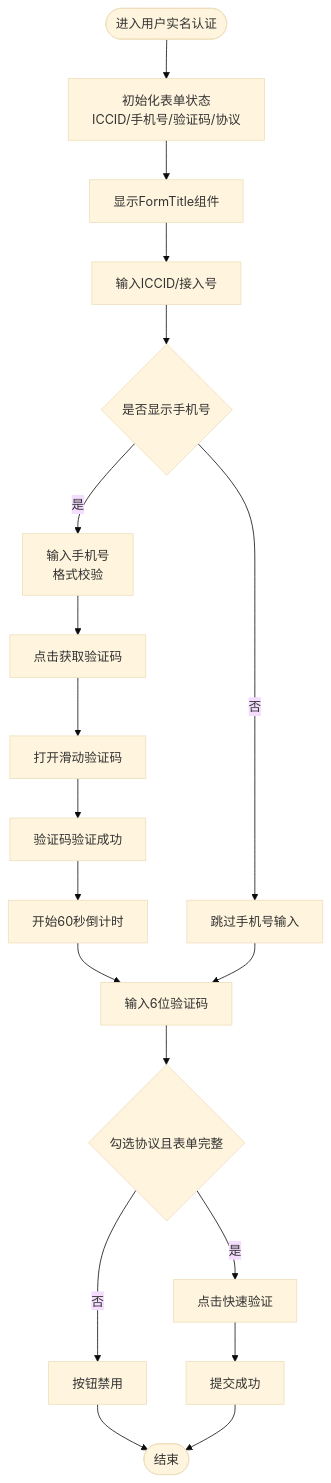
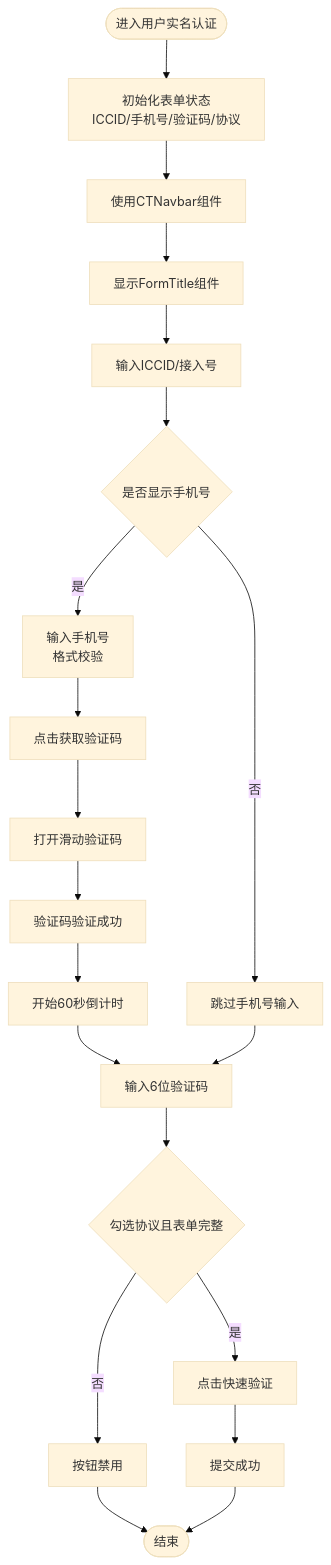
Diagram 11 of 13 in .qoder/repowiki/zh/content/页面组件.md (zuolinbao/redbook), drawn with Mermaid (base theme) before and after one commit. The commit also changed other lines of this file and 7 other files, not shown here.

````diff
--- a/.qoder/repowiki/zh/content/页面组件.md
+++ b/.qoder/repowiki/zh/content/页面组件.md
@@ -475,21 +485,22 @@
 ```mermaid
 flowchart TD
 Start(["进入用户实名认证"]) --> Init["初始化表单状态<br/>ICCID/手机号/验证码/协议"]
-Init --> FormTitle["显示FormTitle组件"]
+Init --> CTNavbar["使用CTNavbar组件"]
+CTNavbar --> FormTitle["显示FormTitle组件"]
 FormTitle --> InputICCID["输入ICCID/接入号"]
 InputICCID --> CheckPhone{"是否显示手机号"}
 CheckPhone --> |是| InputPhone["输入手机号<br/>格式校验"]
 CheckPhone --> |否| SkipPhone["跳过手机号输入"]
 InputPhone --> SendCode["点击获取验证码"]
 SendCode --> SliderVerify["打开滑动验证码"]
 SliderVerify --> VerifySuccess["验证码验证成功"]
 VerifySuccess --> Countdown["开始60秒倒计时"]
 Countdown --> InputCode["输入6位验证码"]
 SkipPhone --> InputCode
 InputCode --> CheckAgreement{"勾选协议且表单完整"}
 CheckAgreement --> |是| Submit["点击快速验证"]
 CheckAgreement --> |否| Disabled["按钮禁用"]
 Submit --> Success["提交成功"]
 Disabled --> End(["结束"])
 Success --> End
 ```
````
